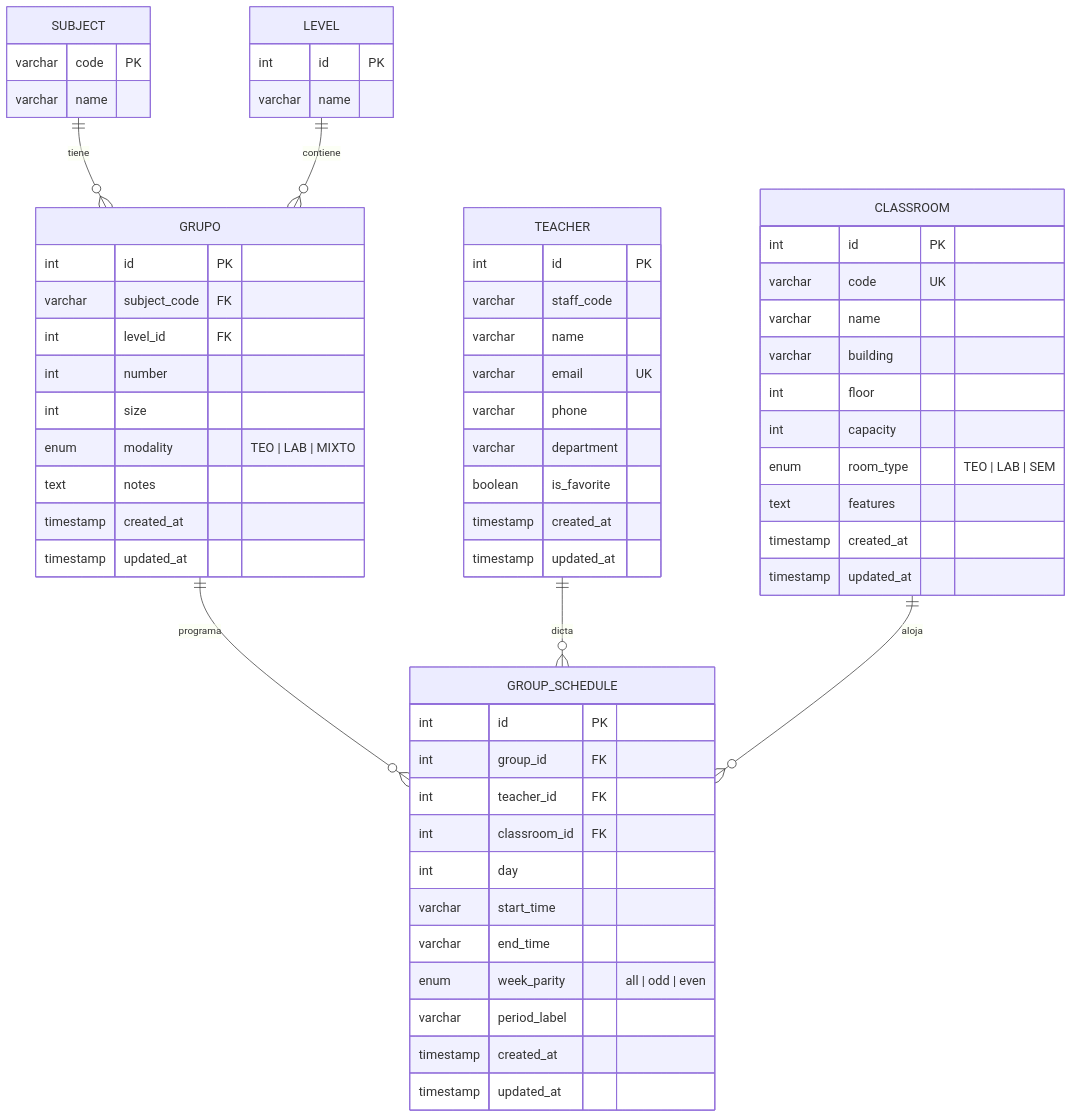
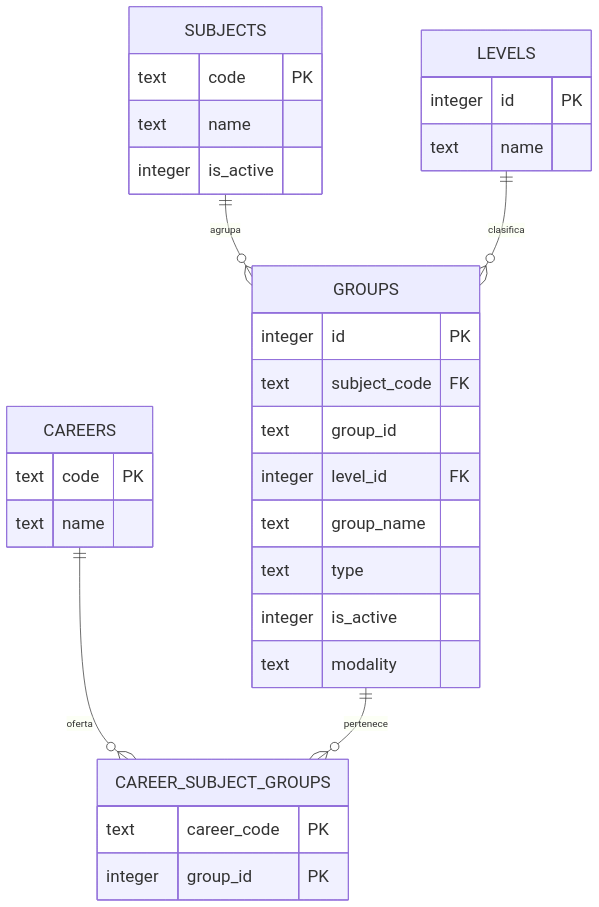
The diagram in images/diagrams/er_part2_grupos_horarios.mmd (smith-3/Taller-Grado-II), drawn with Mermaid before and after one commit. The commit also changed 15 other files, not shown here.

Commit message:
docs(diagrams): reestructurar diagramas ER y de componentes en Mermaid

```diff
--- a/images/diagrams/er_part2_grupos_horarios.mmd
+++ b/images/diagrams/er_part2_grupos_horarios.mmd
@@ -1,80 +1,50 @@
 %%{init: {
   "theme": "default",
   "themeVariables": {
     "fontFamily": "Helvetica, Arial, sans-serif",
-    "fontSize": "18px"
+    "fontSize": "24px"
   },
   "er": {
-    "layoutDirection": "TB",
-    "entityPadding": 20,
+    "layoutDirection": "LR",
+    "entityPadding": 24,
     "useMaxWidth": true
   }
 }}%%
 
 erDiagram
-    SUBJECT {
-        varchar code PK
-        varchar name
+    CAREERS {
+        text code PK
+        text name
     }
 
-    LEVEL {
-        int id PK
-        varchar name
+    SUBJECTS {
+        text code PK
+        text name
+        integer is_active
     }
 
-    GRUPO {
-        int id PK
-        varchar subject_code FK
-        int level_id FK
-        int number
-        int size
-        enum modality "TEO | LAB | MIXTO"
-        text notes
-        timestamp created_at
-        timestamp updated_at
+    LEVELS {
+        integer id PK
+        text name
     }
 
-    TEACHER {
-        int id PK
-        varchar staff_code
-        varchar name
-        varchar email UK
-        varchar phone
-        varchar department
-        boolean is_favorite
-        timestamp created_at
-        timestamp updated_at
+    GROUPS {
+        integer id PK
+        text subject_code FK
+        text group_id
+        integer level_id FK
+        text group_name
+        text type
+        integer is_active
+        text modality
     }
 
-    CLASSROOM {
-        int id PK
-        varchar code UK
-        varchar name
-        varchar building
-        int floor
-        int capacity
-        enum room_type "TEO | LAB | SEM"
-        text features
-        timestamp created_at
-        timestamp updated_at
+    CAREER_SUBJECT_GROUPS {
+        text career_code PK
+        integer group_id PK
     }
 
-    GROUP_SCHEDULE {
-        int id PK
-        int group_id FK
-        int teacher_id FK
-        int classroom_id FK
-        int day
-        varchar start_time
-        varchar end_time
-        enum week_parity "all | odd | even"
-        varchar period_label
-        timestamp created_at
-        timestamp updated_at
-    }
-
-    SUBJECT ||--o{ GRUPO : "tiene"
-    LEVEL ||--o{ GRUPO : "contiene"
-    GRUPO ||--o{ GROUP_SCHEDULE : "programa"
-    TEACHER ||--o{ GROUP_SCHEDULE : "dicta"
-    CLASSROOM ||--o{ GROUP_SCHEDULE : "aloja"
+    SUBJECTS ||--o{ GROUPS : agrupa
+    LEVELS ||--o{ GROUPS : clasifica
+    CAREERS ||--o{ CAREER_SUBJECT_GROUPS : oferta
+    GROUPS ||--o{ CAREER_SUBJECT_GROUPS : pertenece
```
